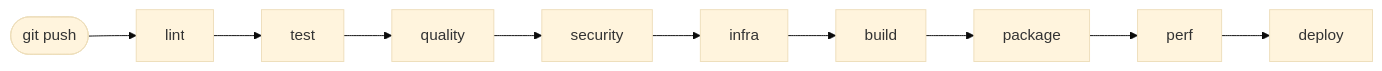
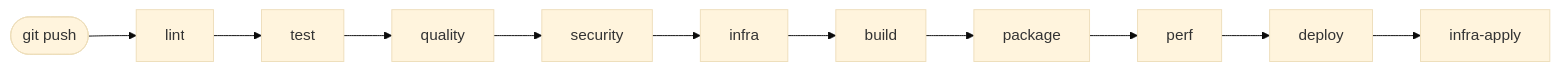
The fourth of 8 diagrams in ARCHITECTURE.md (TedPasquiet/G-rez-le-cycle-de-vie-de-d-veloppement-logiciel), drawn with Mermaid (base theme) before and after one commit. The commit also changed other lines of this file and 22 other files, not shown here.

Commit message:
refactor(ci): découpe le pipeline en 13 fichiers et le passe en graphe

````diff
--- a/ARCHITECTURE.md
+++ b/ARCHITECTURE.md
@@ -141,4 +143,4 @@
 ```mermaid
 flowchart LR
-    commit([git push]) --> lint --> test --> quality --> security --> infra --> build --> package --> perf --> deploy
+    commit([git push]) --> lint --> test --> quality --> security --> infra --> build --> package --> perf --> deploy --> infra-apply
 ```
````
